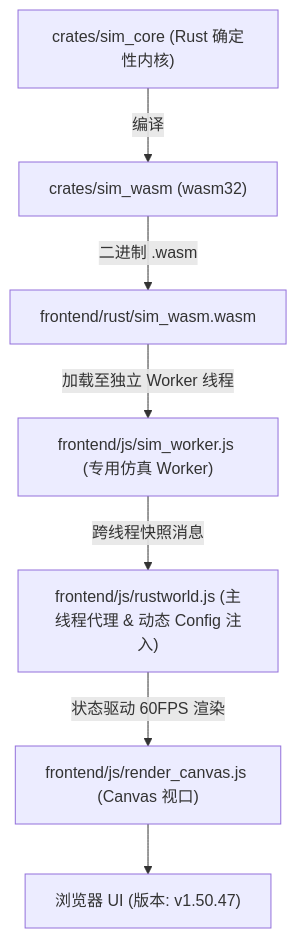
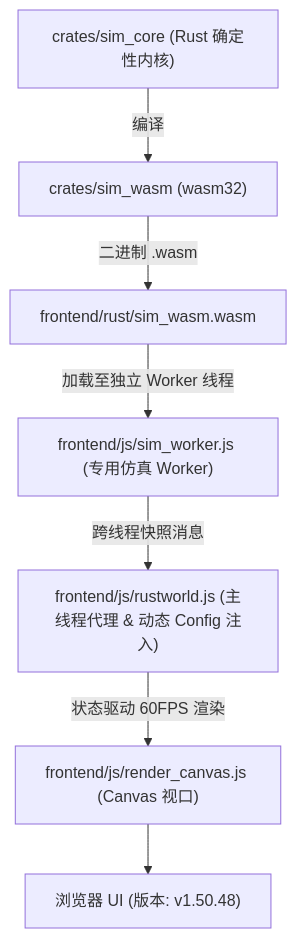
Before and after one commit to g39088902/FlowAndAccord: the diagram in AGENTS.md, drawn with Mermaid. The commit also changed other lines of this file and 17 other files, not shown here.

````diff
--- a/AGENTS.md
+++ b/AGENTS.md
@@ -61,10 +61,10 @@
 ```mermaid
 graph TD
     A["crates/sim_core (Rust 确定性内核)"] -->|编译| B["crates/sim_wasm (wasm32)"]
     B -->|二进制 .wasm| C["frontend/rust/sim_wasm.wasm"]
     C -->|加载至独立 Worker 线程| D["frontend/js/sim_worker.js (专用仿真 Worker)"]
     D -->|跨线程快照消息| E["frontend/js/rustworld.js (主线程代理 & 动态 Config 注入)"]
     E -->|状态驱动 60FPS 渲染| F["frontend/js/render_canvas.js (Canvas 视口)"]
-    F --> G["浏览器 UI (版本: v1.50.47)"]
+    F --> G["浏览器 UI (版本: v1.50.48)"]
 
 ```
````
